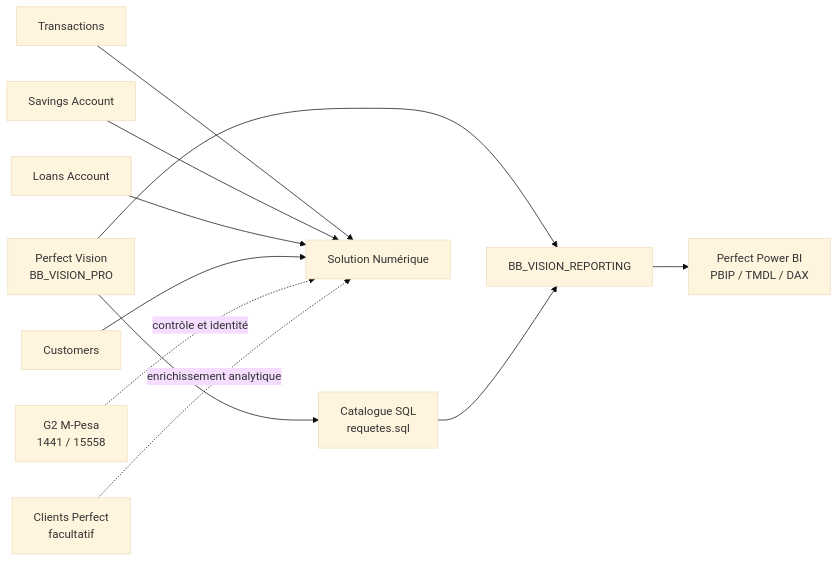
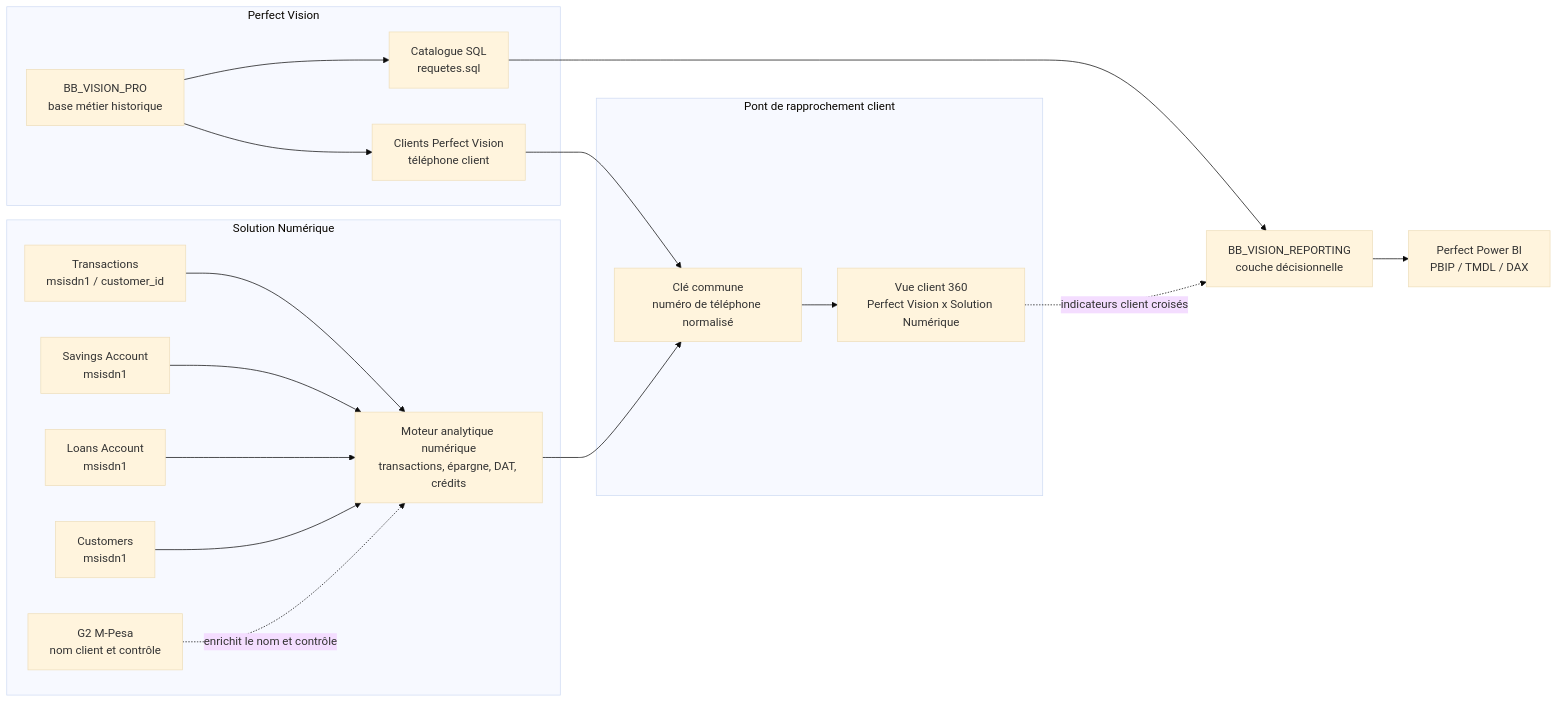
Before and after one commit to gitmupanzi/controle_interne: the diagram in documentation_web/architecture_globale.md, drawn with Mermaid (base theme). The commit also changed other lines of this file and 19 other files, not shown here.

````diff
--- a/documentation_web/architecture_globale.md
+++ b/documentation_web/architecture_globale.md
@@ -5,27 +5,41 @@
 ```mermaid
 flowchart LR
-    PV[Perfect Vision<br/>BB_VISION_PRO]
-    SQL[Catalogue SQL<br/>requetes.sql]
-    RPT[BB_VISION_REPORTING]
-    PBI[Perfect Power BI<br/>PBIP / TMDL / DAX]
+    subgraph PV["Perfect Vision"]
+        PVDB["BB_VISION_PRO<br/>base métier historique"]
+        PVCLIENTS["Clients Perfect Vision<br/>téléphone client"]
+        SQL["Catalogue SQL<br/>requetes.sql"]
+    end
 
-    SN[Solution Numérique]
-    T[Transactions]
-    S[Savings Account]
-    L[Loans Account]
-    C[Customers]
-    G2[G2 M-Pesa<br/>1441 / 15558]
-    CP[Clients Perfect<br/>facultatif]
+    subgraph BRIDGE["Pont de rapprochement client"]
+        PHONE["Clé commune<br/>numéro de téléphone normalisé"]
+        VIEW360["Vue client 360<br/>Perfect Vision x Solution Numérique"]
+    end
 
-    PV --> SQL
-    PV --> RPT
+    subgraph SN["Solution Numérique"]
+        T["Transactions<br/>msisdn1 / customer_id"]
+        S["Savings Account<br/>msisdn1"]
+        L["Loans Account<br/>msisdn1"]
+        C["Customers<br/>msisdn1"]
+        G2["G2 M-Pesa<br/>nom client et contrôle"]
+        SNCORE["Moteur analytique numérique<br/>transactions, épargne, DAT, crédits"]
+    end
+
+    RPT["BB_VISION_REPORTING<br/>couche décisionnelle"]
+    PBI["Perfect Power BI<br/>PBIP / TMDL / DAX"]
+
+    PVDB --> PVCLIENTS
+    PVDB --> SQL
     SQL --> RPT
+
+    T --> SNCORE
+    S --> SNCORE
+    L --> SNCORE
+    C --> SNCORE
+    G2 -. enrichit le nom et contrôle .-> SNCORE
+
+    PVCLIENTS --> PHONE
+    SNCORE --> PHONE
+    PHONE --> VIEW360
+    VIEW360 -. indicateurs client croisés .-> RPT
     RPT --> PBI
-
-    T --> SN
-    S --> SN
-    L --> SN
-    C --> SN
-    G2 -. contrôle et identité .-> SN
-    CP -. enrichissement analytique .-> SN
 ```
````
